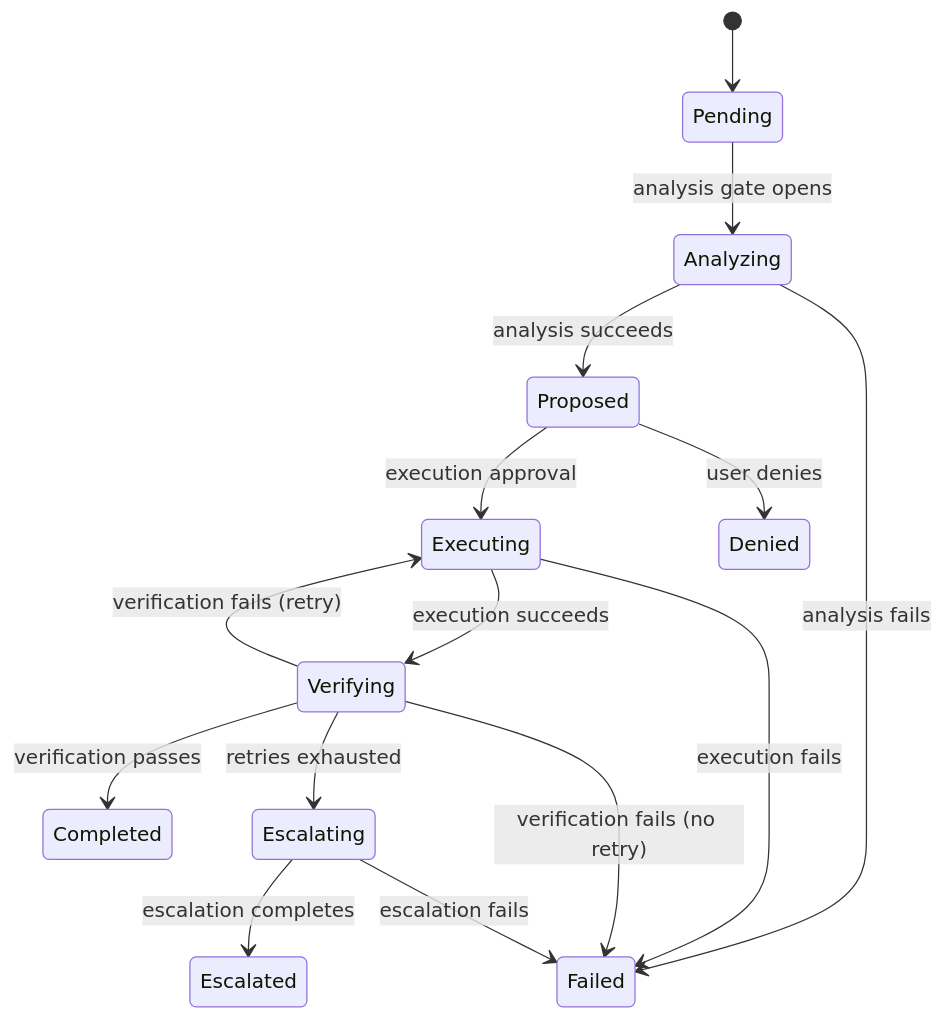
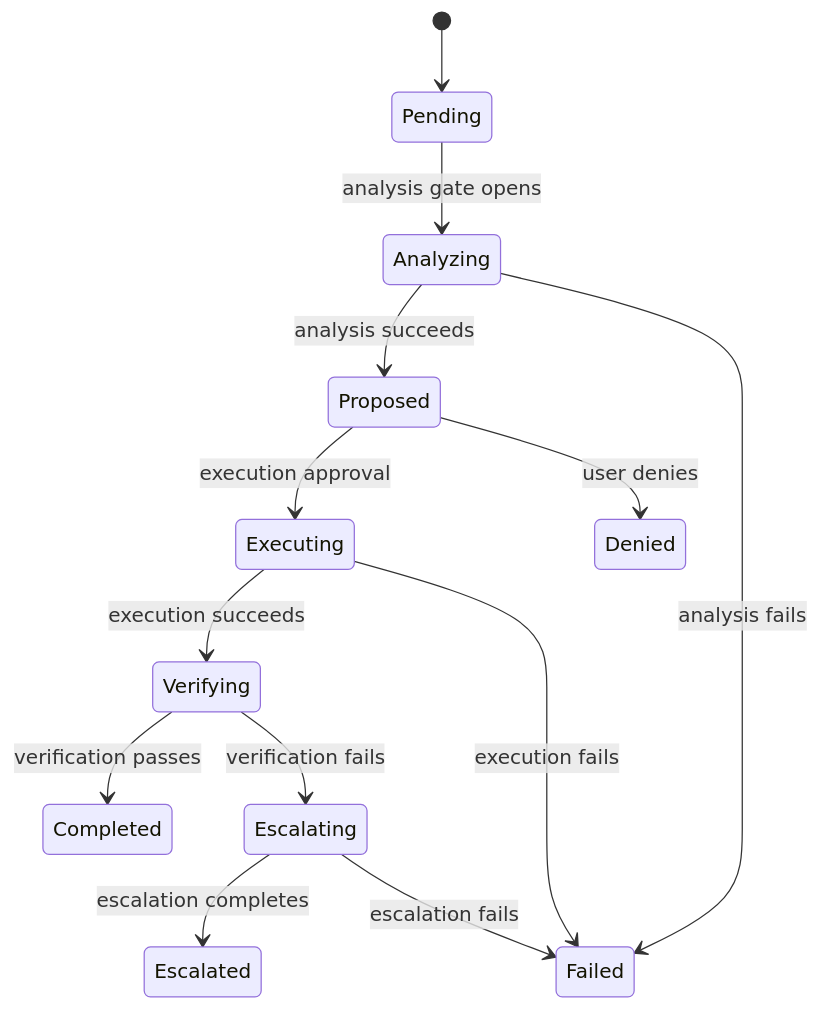
The second of 4 diagrams in ARCHITECTURE.md (blublinsky/lightspeed-agentic-operator), drawn with Mermaid before and after one commit. The commit also changed 13 other files, not shown here.

````diff
--- a/ARCHITECTURE.md
+++ b/ARCHITECTURE.md
@@ -60,17 +60,15 @@
 ```mermaid
 stateDiagram-v2
     [*] --> Pending
     Pending --> Analyzing: analysis gate opens
     Analyzing --> Proposed: analysis succeeds
     Analyzing --> Failed: analysis fails
     Proposed --> Executing: execution approval
     Proposed --> Denied: user denies
     Executing --> Verifying: execution succeeds
     Executing --> Failed: execution fails
     Verifying --> Completed: verification passes
-    Verifying --> Executing: verification fails (retry)
-    Verifying --> Escalating: retries exhausted
-    Verifying --> Failed: verification fails (no retry)
+    Verifying --> Escalating: verification fails
     Escalating --> Escalated: escalation completes
     Escalating --> Failed: escalation fails
 ```
````
